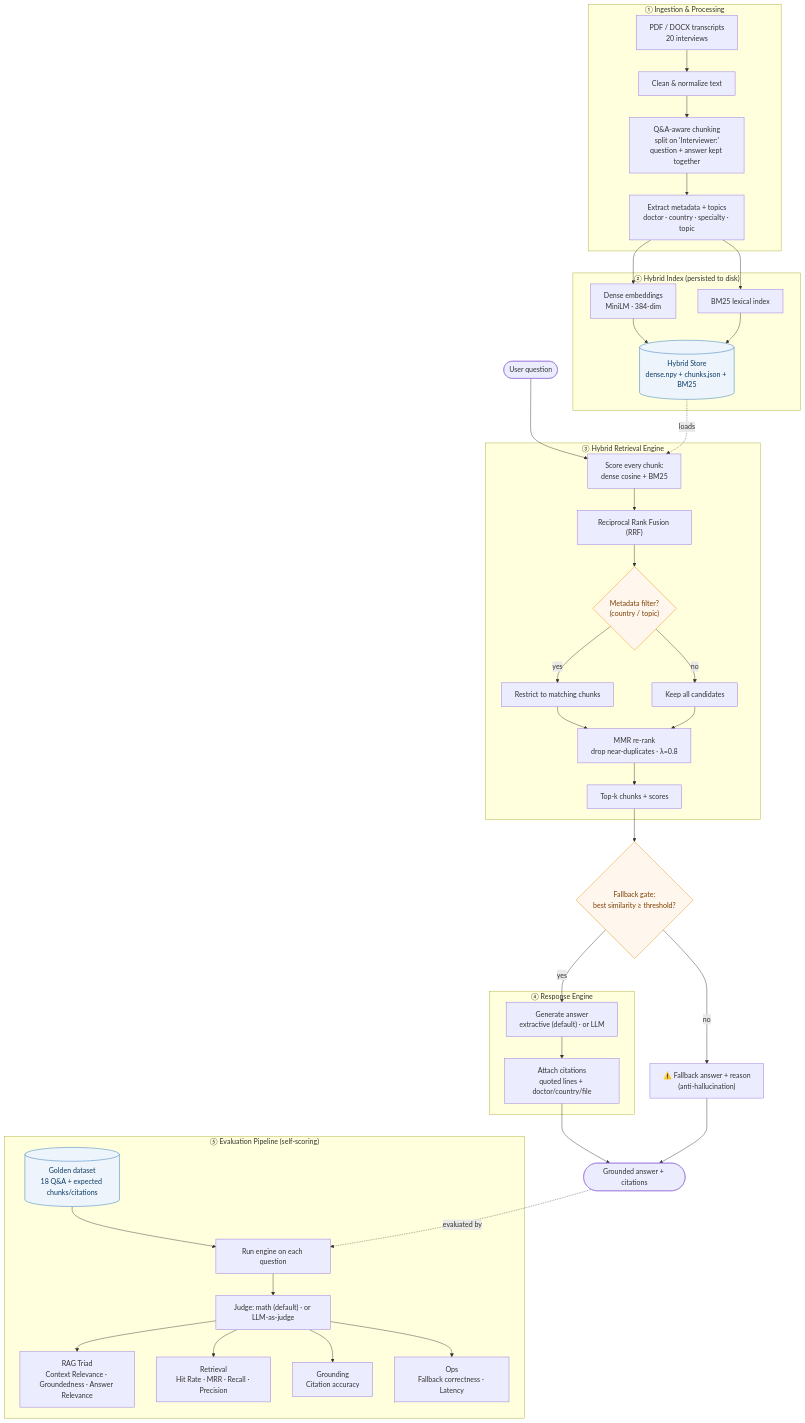
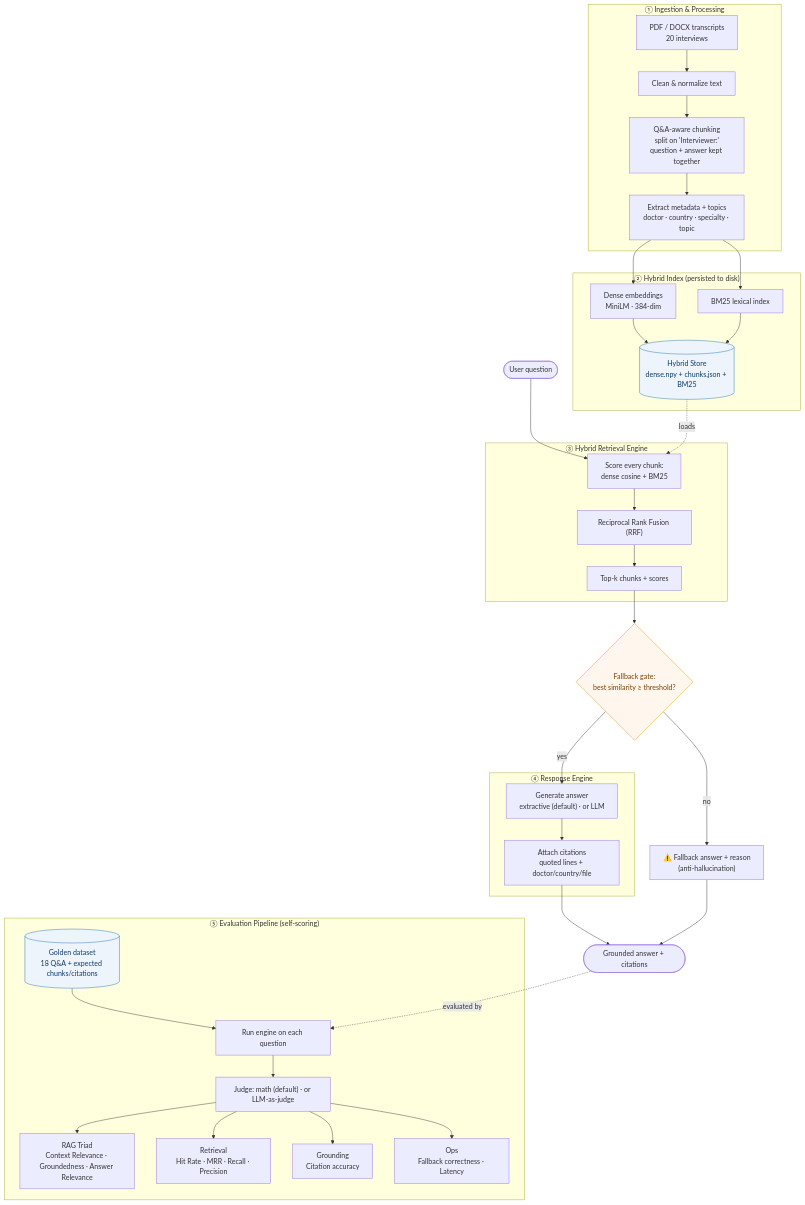
The diagram in docs/PIPELINE.md (vamshiverse/rag-covid-interviews), drawn with Mermaid before and after one commit. The commit also changed other lines of this file and 7 other files, not shown here.

First line of the commit message:
Remove MMR + metadata filtering; back to plain hybrid (dense+BM25+RRF)

````diff
--- a/docs/PIPELINE.md
+++ b/docs/PIPELINE.md
@@ -8,56 +7,51 @@
 ```mermaid
 flowchart TD
   %% ---------------- Ingestion ----------------
   subgraph INGEST["① Ingestion & Processing"]
     A[PDF / DOCX transcripts<br/>20 interviews] --> B[Clean & normalize text]
     B --> C["Q&A-aware chunking<br/>split on 'Interviewer:'<br/>question + answer kept together"]
     C --> D["Extract metadata + topics<br/>doctor · country · specialty · topic"]
   end
 
   %% ---------------- Index ----------------
   subgraph INDEX["② Hybrid Index (persisted to disk)"]
     D --> E["Dense embeddings<br/>MiniLM · 384-dim"]
     D --> F["BM25 lexical index"]
     E --> G[(Hybrid Store<br/>dense.npy + chunks.json + BM25)]
     F --> G
   end
 
   %% ---------------- Retrieval ----------------
   Q([User question]) --> R
   subgraph RETRIEVE["③ Hybrid Retrieval Engine"]
     R["Score every chunk:<br/>dense cosine + BM25"] --> S["Reciprocal Rank Fusion (RRF)"]
-    S --> T{"Metadata filter?<br/>(country / topic)"}
-    T -->|yes| U[Restrict to matching chunks]
-    T -->|no| V[Keep all candidates]
-    U --> W
-    V --> W["MMR re-rank<br/>drop near-duplicates · λ=0.8"]
-    W --> X[Top-k chunks + scores]
+    S --> X[Top-k chunks + scores]
   end
   G -.loads.-> R
 
   %% ---------------- Fallback + Response ----------------
   X --> GATE{"Fallback gate:<br/>best similarity ≥ threshold?"}
   GATE -->|no| FB["⚠️ Fallback answer + reason<br/>(anti-hallucination)"]
   GATE -->|yes| GEN
   subgraph RESPOND["④ Response Engine"]
     GEN["Generate answer<br/>extractive (default) · or LLM"] --> CITE["Attach citations<br/>quoted lines + doctor/country/file"]
   end
   CITE --> ANS([Grounded answer + citations])
   FB --> ANS
 
   %% ---------------- Evaluation ----------------
   subgraph EVAL["⑤ Evaluation Pipeline (self-scoring)"]
     GD[(Golden dataset<br/>18 Q&A + expected chunks/citations)] --> EV["Run engine on each question"]
     EV --> JUDGE["Judge: math (default) · or LLM-as-judge"]
     JUDGE --> M1["RAG Triad<br/>Context Relevance · Groundedness · Answer Relevance"]
     JUDGE --> M2["Retrieval<br/>Hit Rate · MRR · Recall · Precision"]
     JUDGE --> M3["Grounding<br/>Citation accuracy"]
     JUDGE --> M4["Ops<br/>Fallback correctness · Latency"]
   end
   ANS -.evaluated by.-> EV
 
   classDef store fill:#eef4fb,stroke:#1d6fb8,color:#0d3b66;
   classDef gate fill:#fff7ed,stroke:#ea8c00,color:#7a3e00;
   class G,GD store;
-  class GATE,T gate;
+  class GATE gate;
 ```
````
